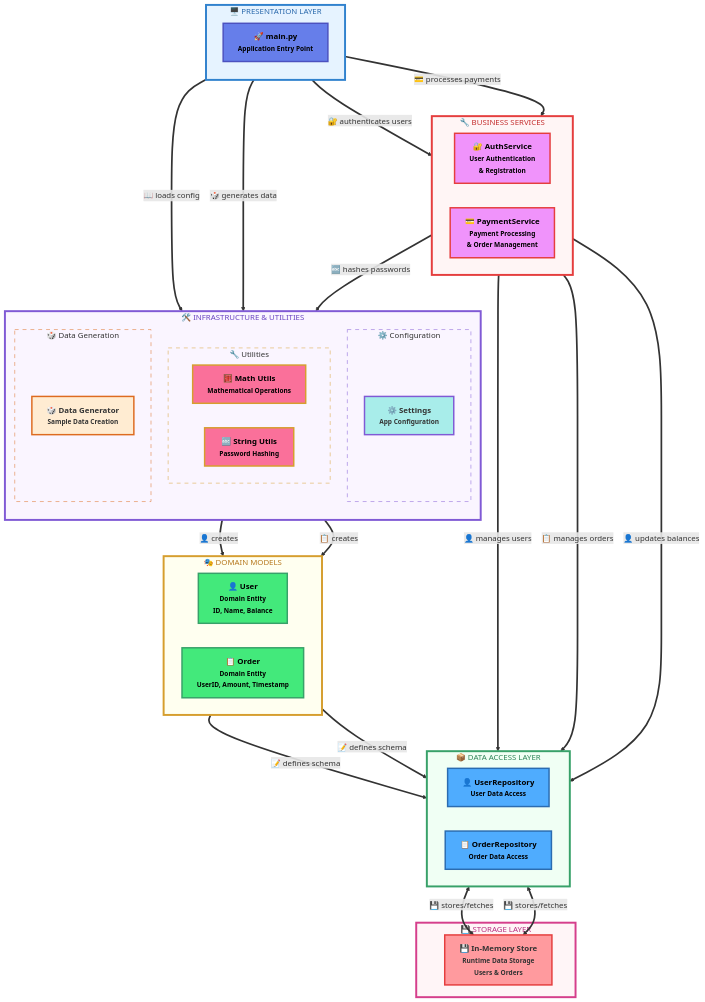
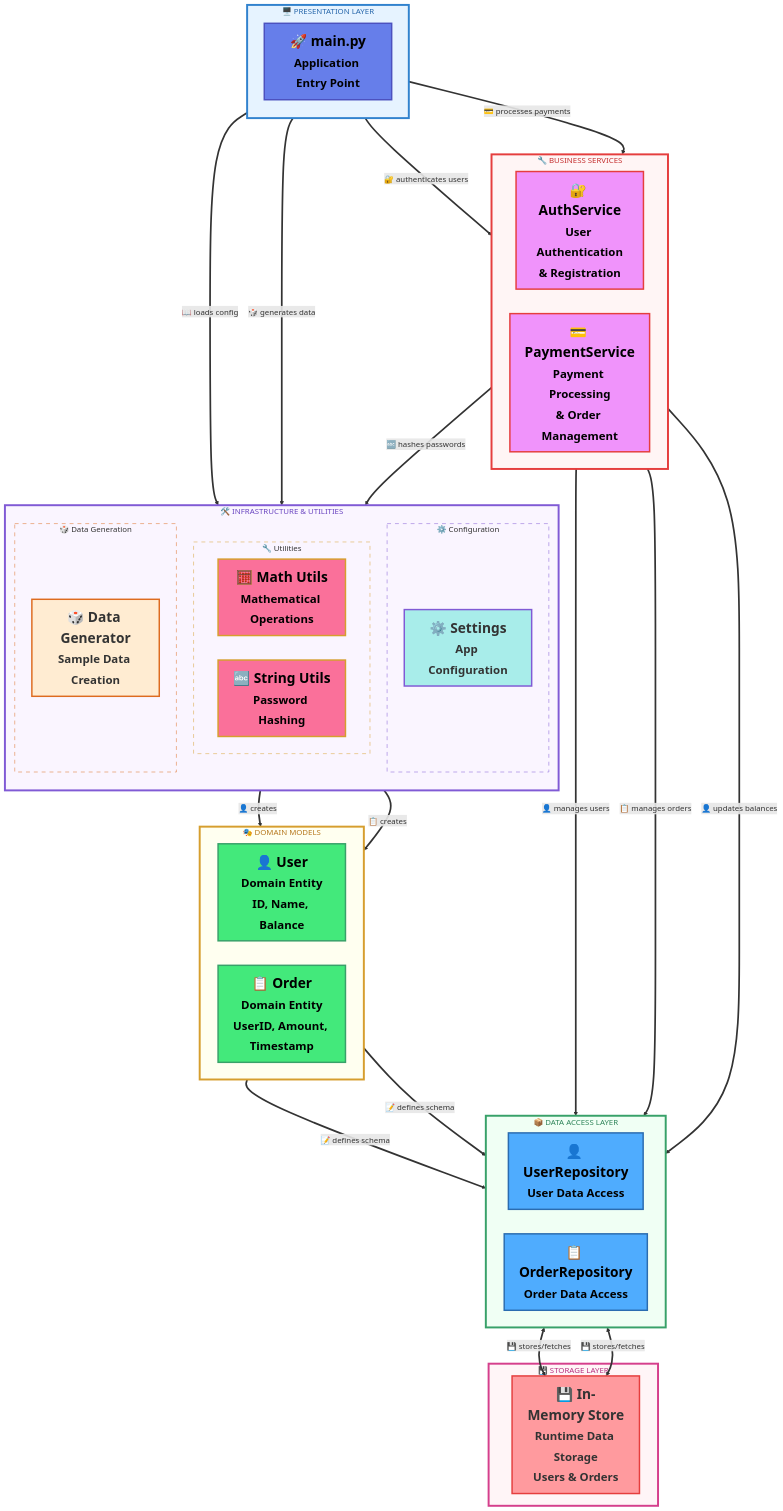
Before and after one commit to soso0024/pj-aidev-image_generator: the diagram in repo_visualize.md, drawn with Mermaid.

Commit message:
docs: add font size to flowchart styles

```diff
--- a/repo_visualize.md
+++ b/repo_visualize.md
@@ -102,14 +102,14 @@
     %% ===========================================
 
     %% Component Styles - Professional Colors
-    classDef presentation fill:#667eea,stroke:#4c51bf,stroke-width:3px,color:#000,font-weight:bold
-    classDef service fill:#f093fb,stroke:#e53e3e,stroke-width:3px,color:#000,font-weight:bold
-    classDef repo fill:#4facfe,stroke:#2b6cb0,stroke-width:3px,color:#000,font-weight:bold
-    classDef domain fill:#43e97b,stroke:#38a169,stroke-width:3px,color:#000,font-weight:bold
-    classDef util fill:#fa709a,stroke:#d69e2e,stroke-width:3px,color:#000,font-weight:bold
-    classDef config fill:#a8edea,stroke:#805ad5,stroke-width:3px,color:#333,font-weight:bold
-    classDef generator fill:#ffecd2,stroke:#dd6b20,stroke-width:3px,color:#333,font-weight:bold
-    classDef store fill:#ff9a9e,stroke:#e53e3e,stroke-width:3px,color:#333,font-weight:bold
+    classDef presentation fill:#667eea,stroke:#4c51bf,stroke-width:3px,color:#000,font-weight:bold,font-size:28px
+    classDef service fill:#f093fb,stroke:#e53e3e,stroke-width:3px,color:#000,font-weight:bold,font-size:28px
+    classDef repo fill:#4facfe,stroke:#2b6cb0,stroke-width:3px,color:#000,font-weight:bold,font-size:28px
+    classDef domain fill:#43e97b,stroke:#38a169,stroke-width:3px,color:#000,font-weight:bold,font-size:28px
+    classDef util fill:#fa709a,stroke:#d69e2e,stroke-width:3px,color:#000,font-weight:bold,font-size:28px
+    classDef config fill:#a8edea,stroke:#805ad5,stroke-width:3px,color:#333,font-weight:bold,font-size:28px
+    classDef generator fill:#ffecd2,stroke:#dd6b20,stroke-width:3px,color:#333,font-weight:bold,font-size:28px
+    classDef store fill:#ff9a9e,stroke:#e53e3e,stroke-width:3px,color:#333,font-weight:bold,font-size:28px
 
     %% Subgraph Styles - Subtle Background Colors
     classDef default fill:transparent,stroke:none
```
